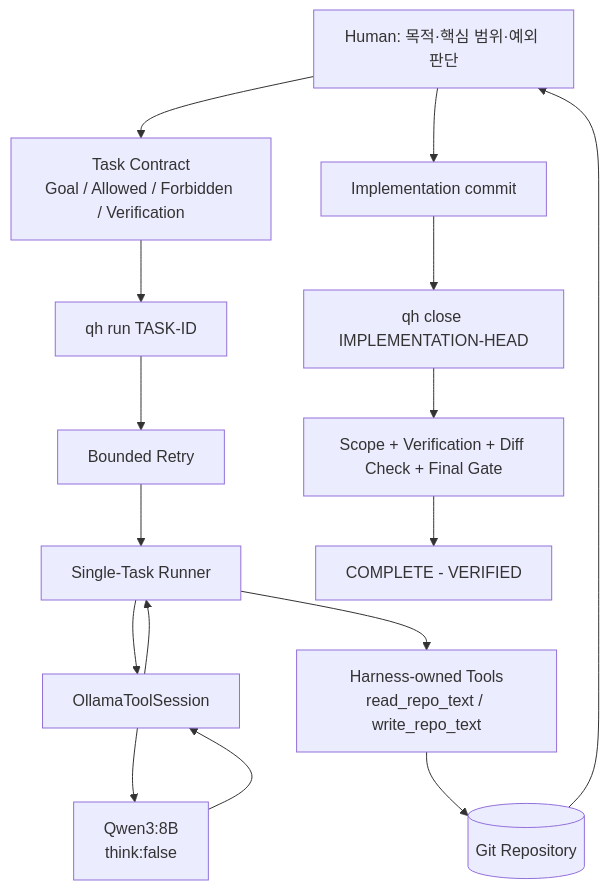
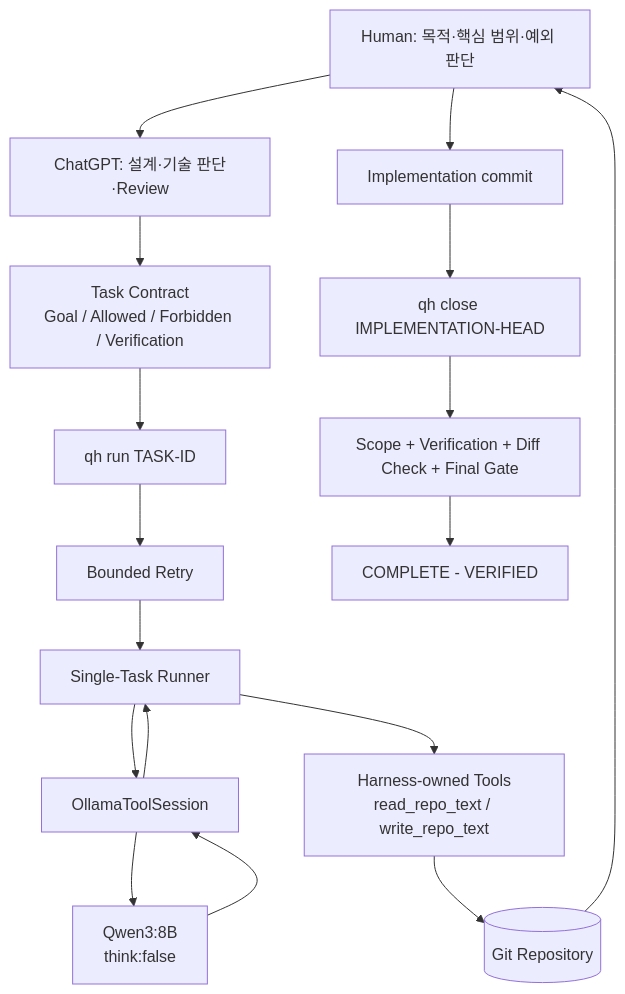
The diagram in README.md (tmdgns104/qwen-harness-test), drawn with Mermaid before and after one commit. The commit also changed other lines of this file, not shown here.

````diff
--- a/README.md
+++ b/README.md
@@ -86,20 +103,21 @@
 ```mermaid
 flowchart TD
     Human["Human: 목적·핵심 범위·예외 판단"]
+    ChatGPT["ChatGPT: 설계·기술 판단·Review"]
     Task["Task Contract\nGoal / Allowed / Forbidden / Verification"]
     Run["qh run TASK-ID"]
     Retry["Bounded Retry"]
     Runner["Single-Task Runner"]
     Adapter["OllamaToolSession"]
     Qwen["Qwen3:8B\nthink:false"]
     Tools["Harness-owned Tools\nread_repo_text / write_repo_text"]
     Repo[("Git Repository")]
     Commit["Implementation commit"]
     Close["qh close IMPLEMENTATION-HEAD"]
     Gate["Scope + Verification + Diff Check + Final Gate"]
     Done["COMPLETE - VERIFIED"]
 
-    Human --> Task --> Run --> Retry --> Runner --> Adapter --> Qwen
+    Human --> ChatGPT --> Task --> Run --> Retry --> Runner --> Adapter --> Qwen
     Qwen --> Adapter --> Runner --> Tools --> Repo
     Repo --> Human --> Commit --> Close --> Gate --> Done
 ```
````
